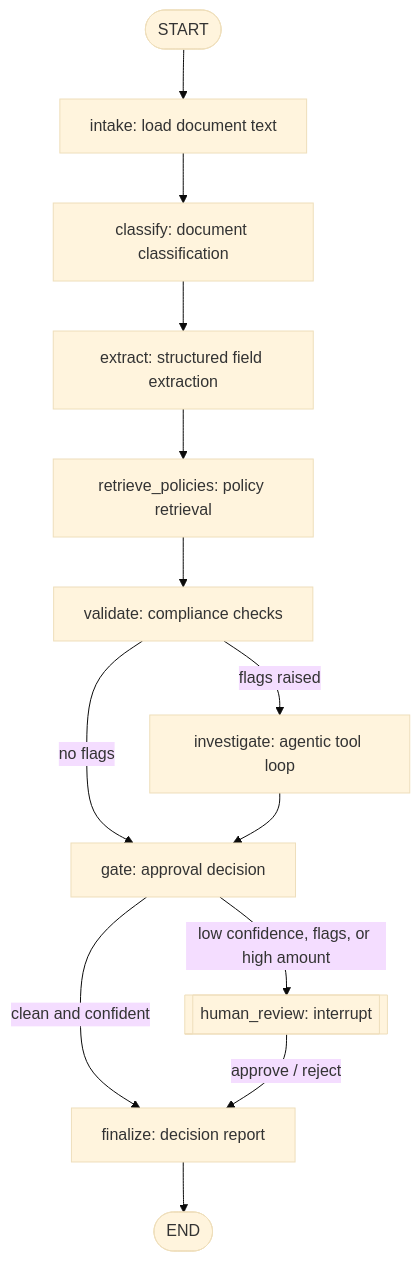
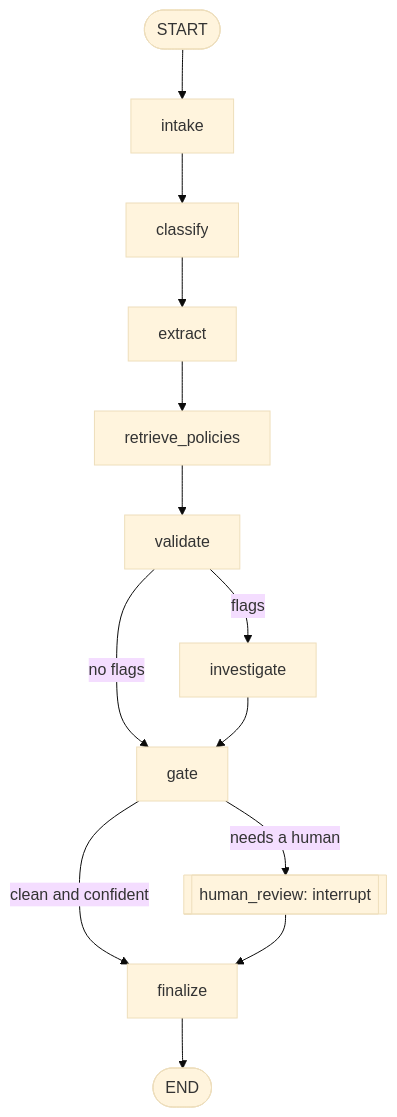
Before and after one commit to elde8idy/wathiqa--agent: the diagram in README.md, drawn with Mermaid (base theme). The commit also changed other lines of this file, not shown here.

````diff
--- a/README.md
+++ b/README.md
@@ -11,15 +19,11 @@
 ```mermaid
 flowchart TD
-    START([START]) --> intake[intake: load document text]
-    intake --> classify[classify: document classification]
-    classify --> extract[extract: structured field extraction]
-    extract --> retrieve[retrieve_policies: policy retrieval]
-    retrieve --> validate[validate: compliance checks]
-    validate -->|flags raised| investigate[investigate: agentic tool loop]
-    validate -->|no flags| gate[gate: approval decision]
+    START([START]) --> intake
+    intake --> classify --> extract --> retrieve_policies --> validate
+    validate -->|flags| investigate
+    validate -->|no flags| gate
     investigate --> gate
-    gate -->|low confidence, flags, or high amount| human_review[[human_review: interrupt]]
-    gate -->|clean and confident| finalize[finalize: decision report]
-    human_review -->|approve / reject| finalize
-    finalize --> END([END])
+    gate -->|needs a human| human_review[[human_review: interrupt]]
+    gate -->|clean and confident| finalize
+    human_review --> finalize --> END([END])
 ```
````
